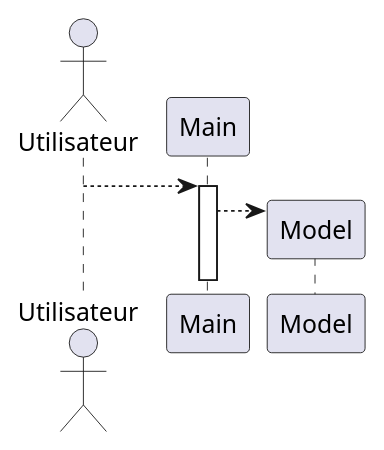
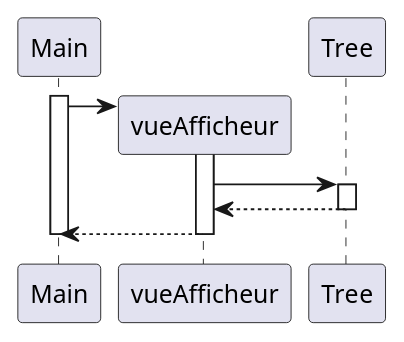
Before and after one commit to Math54500/SAE-3.01-ObjectAid: the diagram in Documents/Itération 2/Diagrammes/diagramme de séquence.puml, drawn with PlantUML. The commit also changed 2 other files, not shown here.

Commit message:
diagramme de séquence fait

```diff
--- a/Documents/Itération 2/Diagrammes/diagramme de séquence.puml
+++ b/Documents/Itération 2/Diagrammes/diagramme de séquence.puml
@@ -1,12 +1,20 @@
 @startuml
 'https://plantuml.com/sequence-diagram
 
-actor Utilisateur as user
 participant Main
-participant Model
+participant vueAfficheur
+participant Tree
 
-user --> Main
 activate Main
-Main --> Model **
+
+Main -> vueAfficheur **
+activate vueAfficheur
+vueAfficheur -> Tree
+activate Tree
+vueAfficheur <-- Tree
+deactivate Tree
+Main <-- vueAfficheur
+deactivate vueAfficheur
+deactivate Main
 
 @enduml
```
